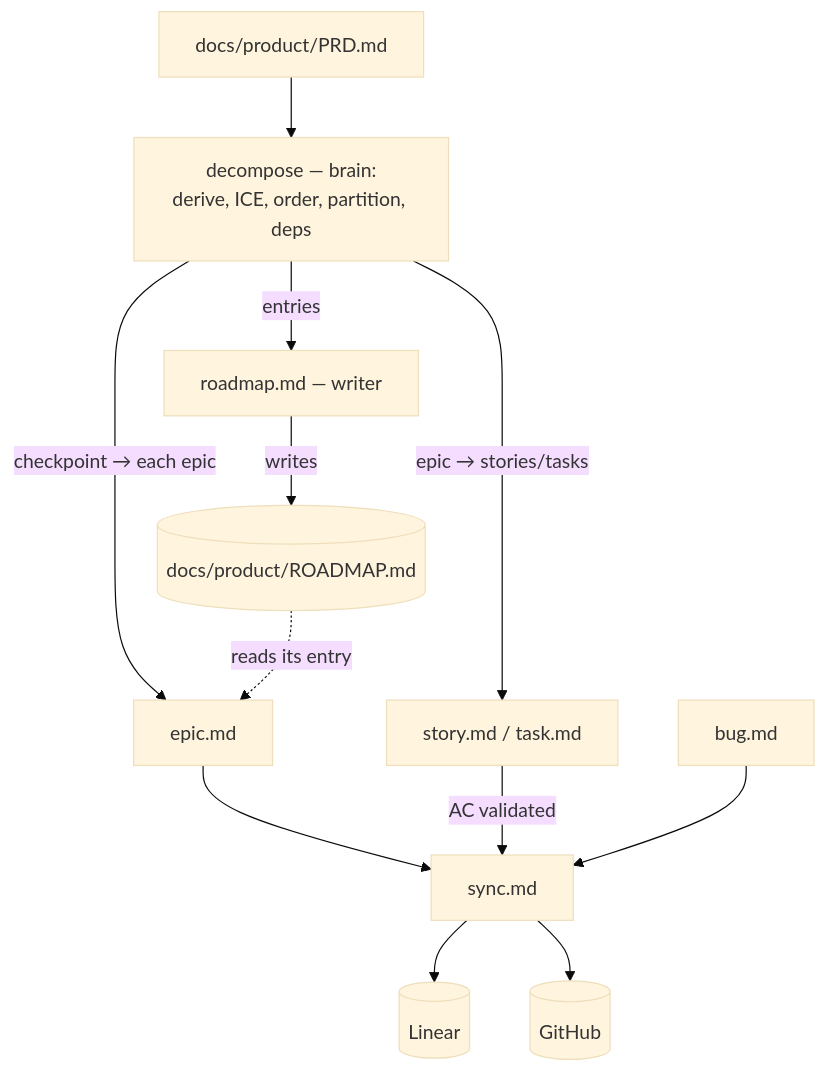
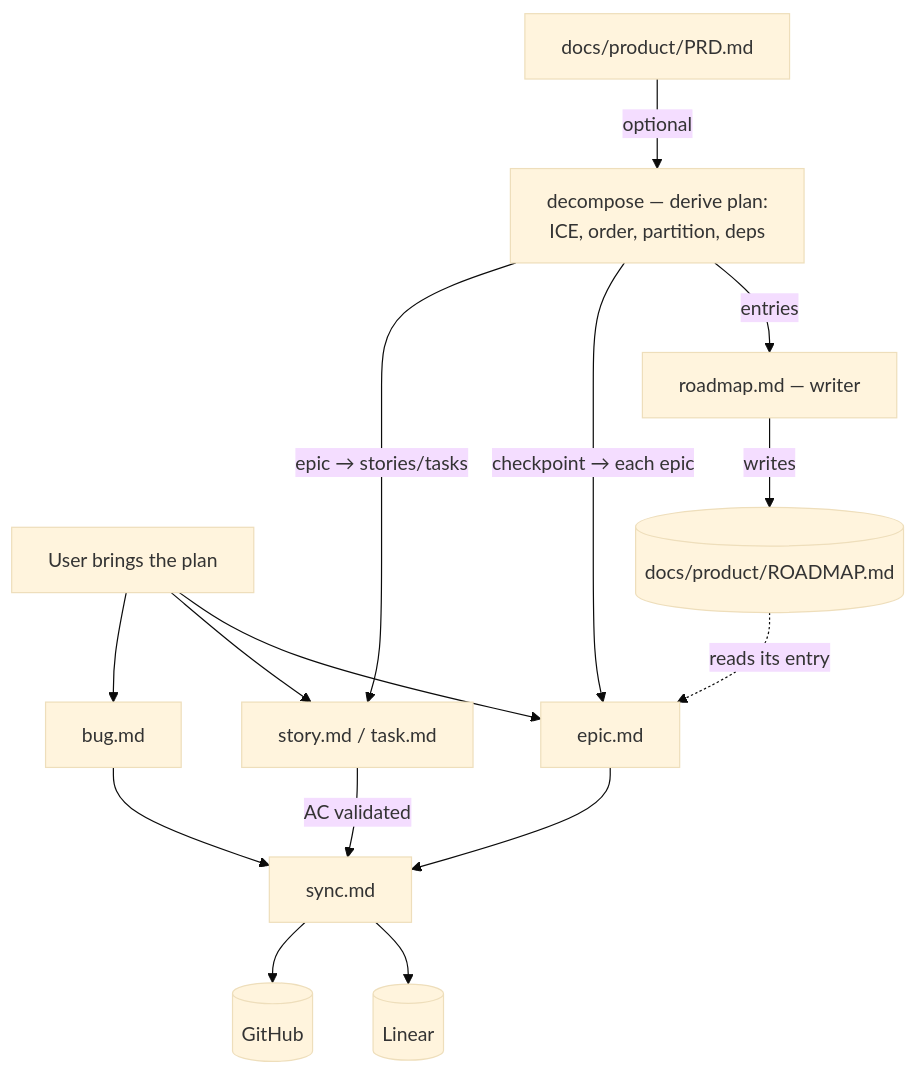
Before and after one commit to adeonir/agent-skills: the diagram in skills/product/epic-tracker/README.md, drawn with Mermaid (base theme). The commit also changed other lines of this file and 3 other files, not shown here.

First line of the commit message:
refactor(epic-tracker): make direct create first-class, decompose optional

````diff
--- a/skills/product/epic-tracker/README.md
+++ b/skills/product/epic-tracker/README.md
@@ -7,14 +7,17 @@
 ```mermaid
 flowchart TD
-    PRD[docs/product/PRD.md] --> DEC[decompose — brain:<br>derive, ICE, order, partition, deps]
+    USER[User brings the plan] --> EP[epic.md]
+    USER --> STK[story.md / task.md]
+    USER --> BG[bug.md]
+    PRD[docs/product/PRD.md] -->|optional| DEC[decompose — derive plan:<br>ICE, order, partition, deps]
     DEC -->|entries| RW[roadmap.md — writer]
     RW -->|writes| RM[(docs/product/ROADMAP.md)]
-    DEC -->|checkpoint → each epic| EP[epic.md]
+    DEC -->|checkpoint → each epic| EP
     RM -.reads its entry.-> EP
-    DEC -->|epic → stories/tasks| STK[story.md / task.md]
+    DEC -->|epic → stories/tasks| STK
     EP --> SY[sync.md]
     STK -->|AC validated| SY
-    BG[bug.md] --> SY
+    BG --> SY
     SY --> LN[(Linear)]
     SY --> GH[(GitHub)]
 ```
````
